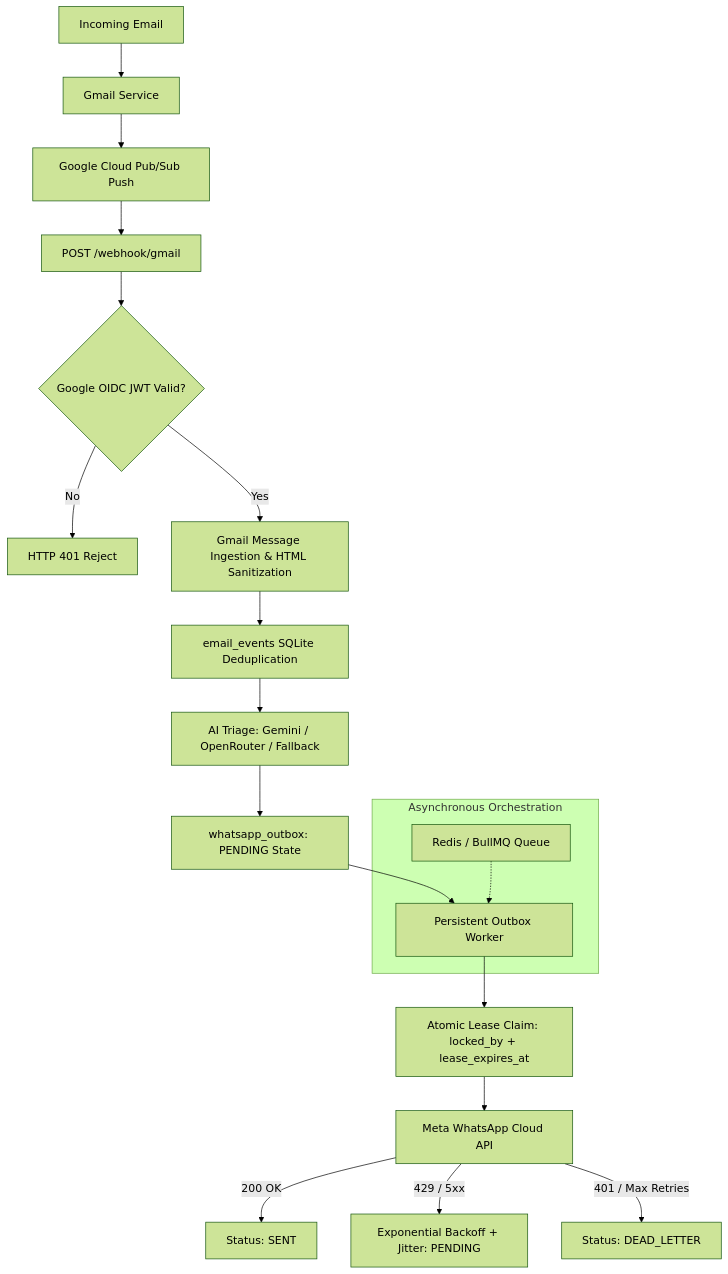
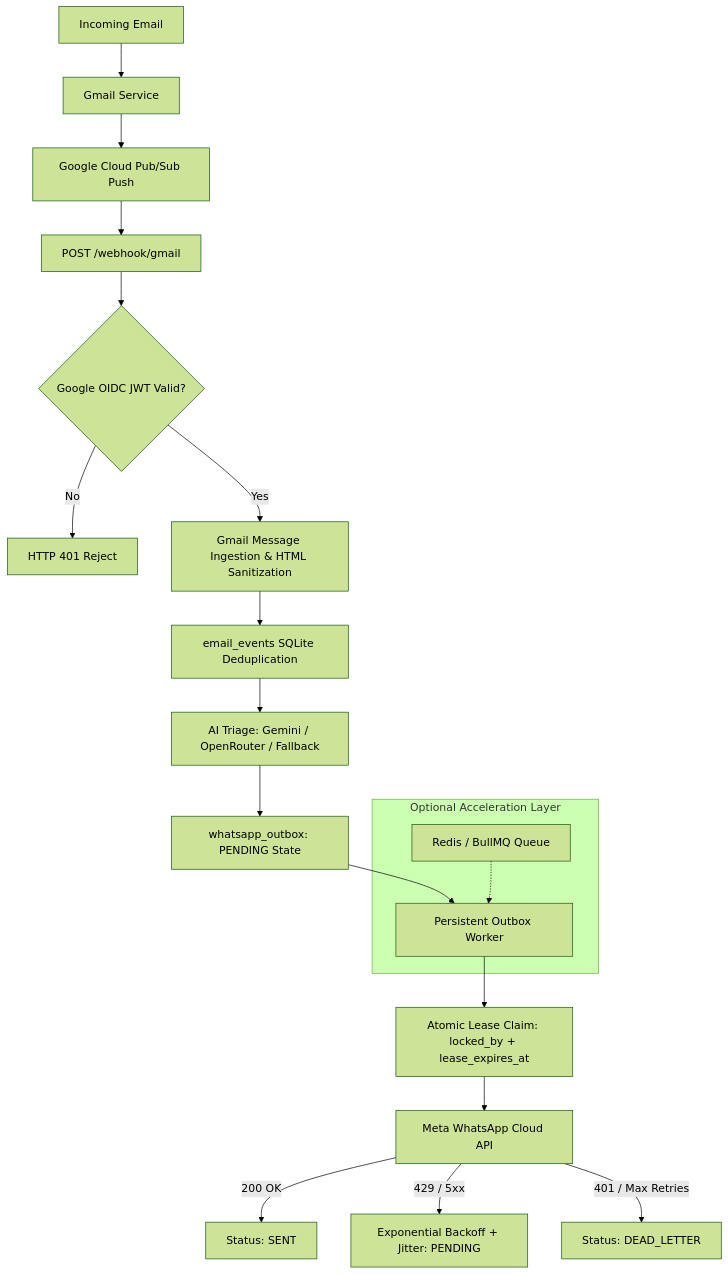
Before and after one commit to tejapampana09/Mail2Whatsapp-Ai: the diagram in README.md, drawn with Mermaid (forest theme). The commit also changed other lines of this file and 12 other files, not shown here.

````diff
--- a/README.md
+++ b/README.md
@@ -16,22 +16,22 @@
 ```mermaid
 flowchart TD
     A[Incoming Email] --> B[Gmail Service]
     B --> C[Google Cloud Pub/Sub Push]
     C --> D[POST /webhook/gmail]
     D --> E{Google OIDC JWT Valid?}
     E -- No --> F[HTTP 401 Reject]
     E -- Yes --> G[Gmail Message Ingestion & HTML Sanitization]
     G --> H[email_events SQLite Deduplication]
     H --> I[AI Triage: Gemini / OpenRouter / Fallback]
     I --> J[whatsapp_outbox: PENDING State]
     J --> K[Persistent Outbox Worker]
     K --> L[Atomic Lease Claim: locked_by + lease_expires_at]
     L --> M[Meta WhatsApp Cloud API]
     M -- 200 OK --> N[Status: SENT]
     M -- 429 / 5xx --> O[Exponential Backoff + Jitter: PENDING]
     M -- 401 / Max Retries --> P[Status: DEAD_LETTER]
     
-    subgraph Asynchronous Orchestration
+    subgraph Optional Acceleration Layer
         Q[Redis / BullMQ Queue] -.-> K
     end
 ```
````
